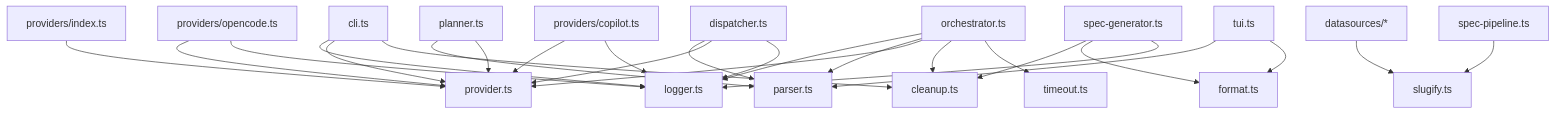
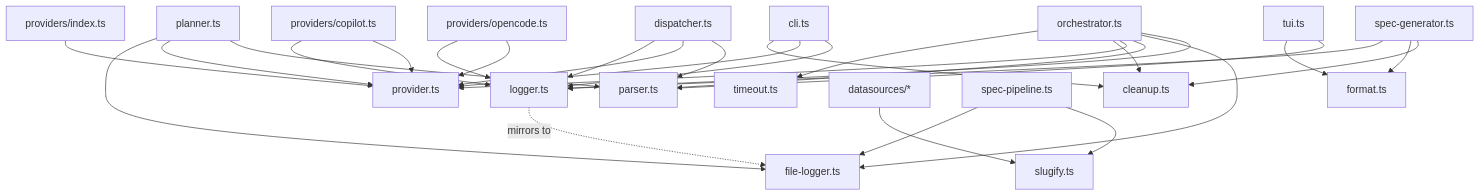
The diagram in docs/shared-types/overview.md (PatrickRuddiman/Dispatch), drawn with Mermaid before and after one commit. The commit also changed other lines of this file and 82 other files, not shown here.

````diff
--- a/docs/shared-types/overview.md
+++ b/docs/shared-types/overview.md
@@ -38,28 +39,32 @@
 ```mermaid
 graph TD
     CLI["cli.ts"] --> Logger["logger.ts"]
     CLI --> ProviderTypes["provider.ts"]
     CLI --> Cleanup["cleanup.ts"]
     Orchestrator["orchestrator.ts"] --> Logger
+    Orchestrator --> FileLogger["file-logger.ts"]
     Orchestrator --> Parser["parser.ts"]
     Orchestrator --> ProviderTypes
     Orchestrator --> Cleanup
     Orchestrator --> Timeout["timeout.ts"]
+    Logger -.->|mirrors to| FileLogger
     Datasources["datasources/*"] --> Slugify["slugify.ts"]
     SpecPipeline["spec-pipeline.ts"] --> Slugify
+    SpecPipeline --> FileLogger
     SpecGen["spec-generator.ts"] --> Cleanup
     SpecGen --> Format["format.ts"]
     SpecGen --> Logger
     Planner["planner.ts"] --> Parser
     Planner --> ProviderTypes
+    Planner --> FileLogger
     Dispatcher["dispatcher.ts"] --> Parser
     Dispatcher --> ProviderTypes
     Dispatcher --> Logger
     TUI["tui.ts"] --> Parser
     TUI --> Format
     ProvidersIndex["providers/index.ts"] --> ProviderTypes
     OpenCode["providers/opencode.ts"] --> ProviderTypes
     OpenCode --> Logger
     Copilot["providers/copilot.ts"] --> ProviderTypes
     Copilot --> Logger
 ```
````
